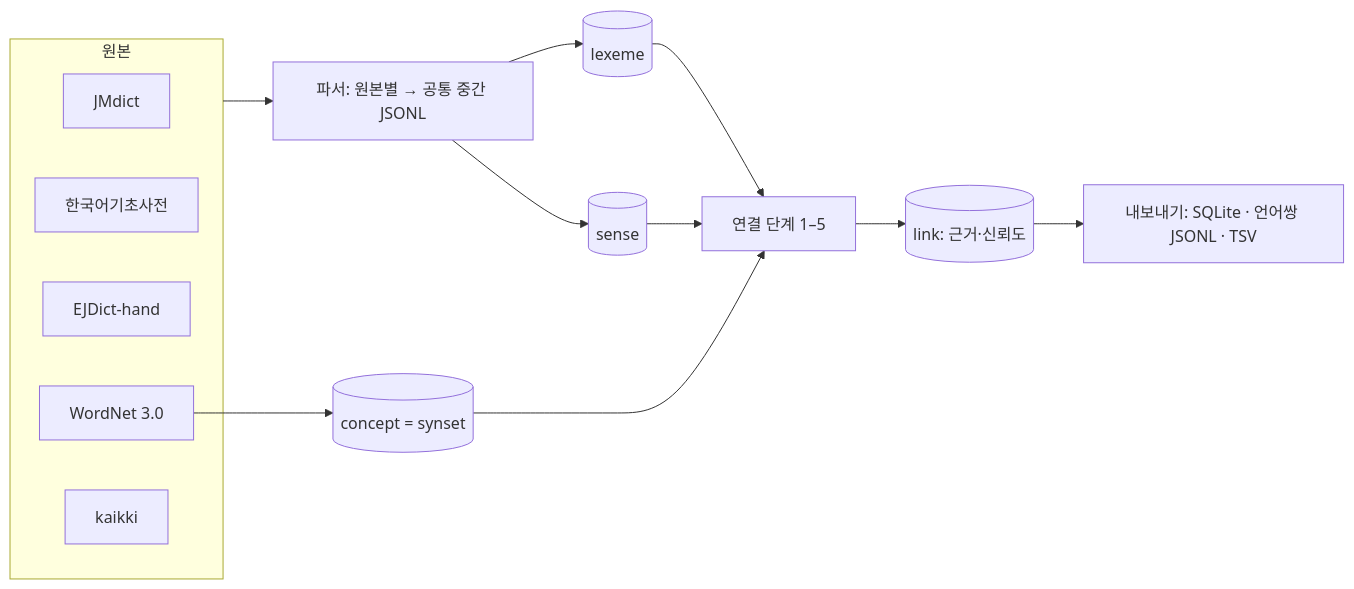
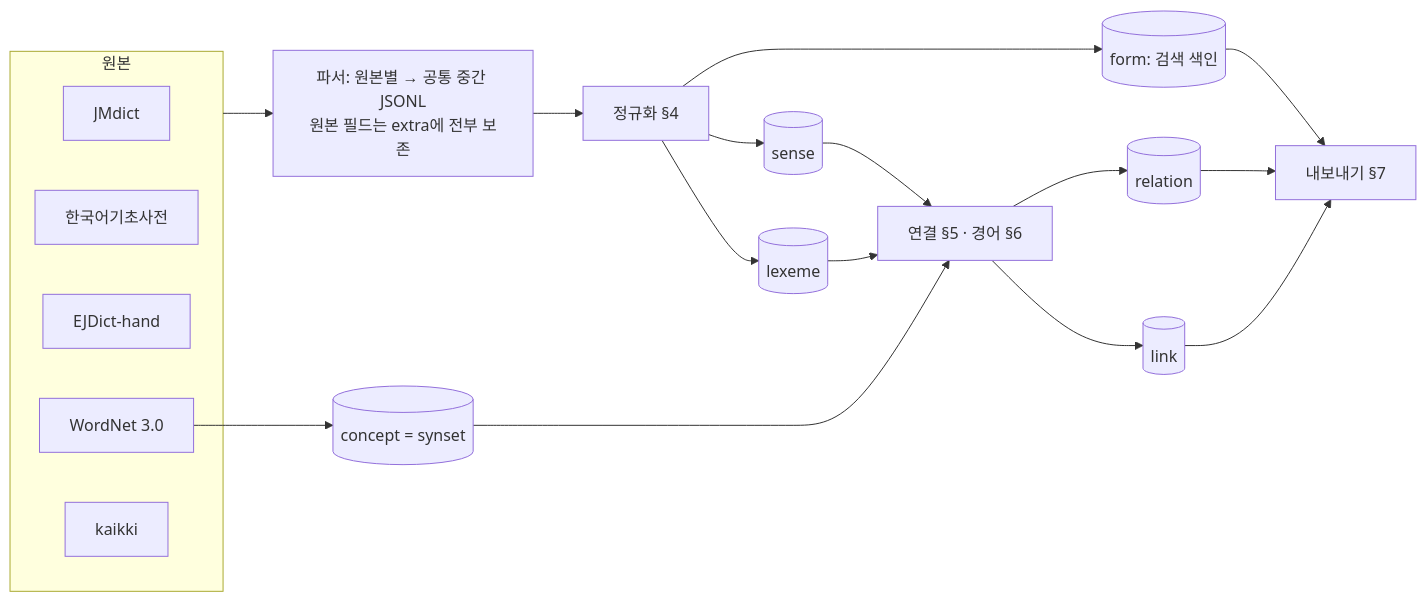
Before and after one commit to ssiloh/anikan-ENJPKR-dictionary: the first of 2 diagrams in PLAN.md, drawn with Mermaid. The commit also changed other lines of this file, not shown here.

````diff
--- a/PLAN.md
+++ b/PLAN.md
@@ -47,13 +50,13 @@
 ```mermaid
 flowchart LR
   subgraph raw[원본]
     JM[JMdict]; KR[한국어기초사전]; EJ[EJDict-hand]; WN[WordNet 3.0]; KA[kaikki]
   end
-  raw --> P[파서: 원본별 → 공통 중간 JSONL]
-  P --> L[(lexeme)]
-  P --> S[(sense)]
+  raw --> P[파서: 원본별 → 공통 중간 JSONL\n원본 필드는 extra에 전부 보존]
+  P --> N[정규화 §4]
+  N --> L[(lexeme)] & S[(sense)] & F[(form: 검색 색인)]
   WN --> C[(concept = synset)]
-  L & S & C --> A[연결 단계 1–5]
-  A --> K[(link: 근거·신뢰도)]
-  K --> O[내보내기: SQLite · 언어쌍 JSONL · TSV]
+  L & S & C --> A[연결 §5 · 경어 §6]
+  A --> K[(link)] & R[(relation)]
+  K & R & F --> O[내보내기 §7]
 ```
````
